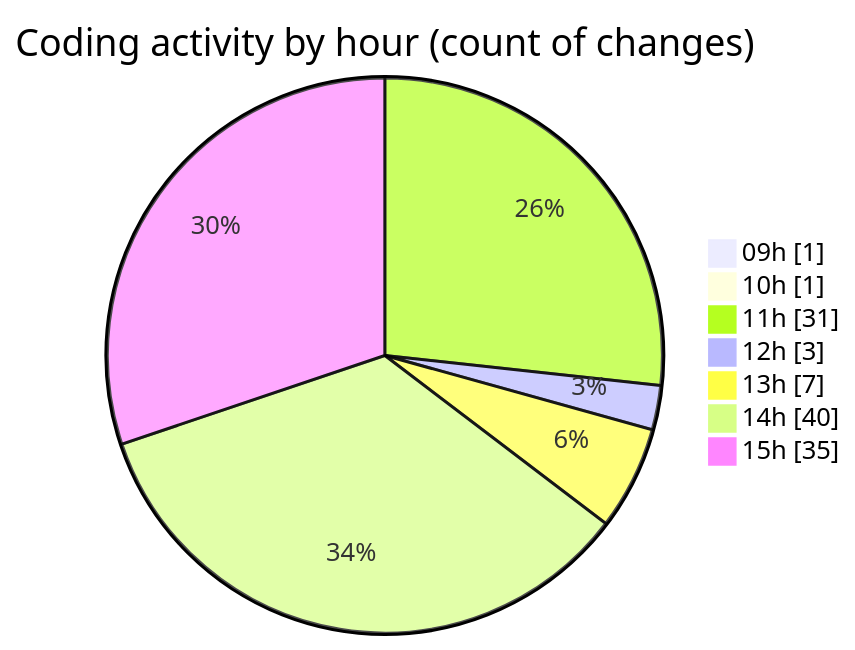
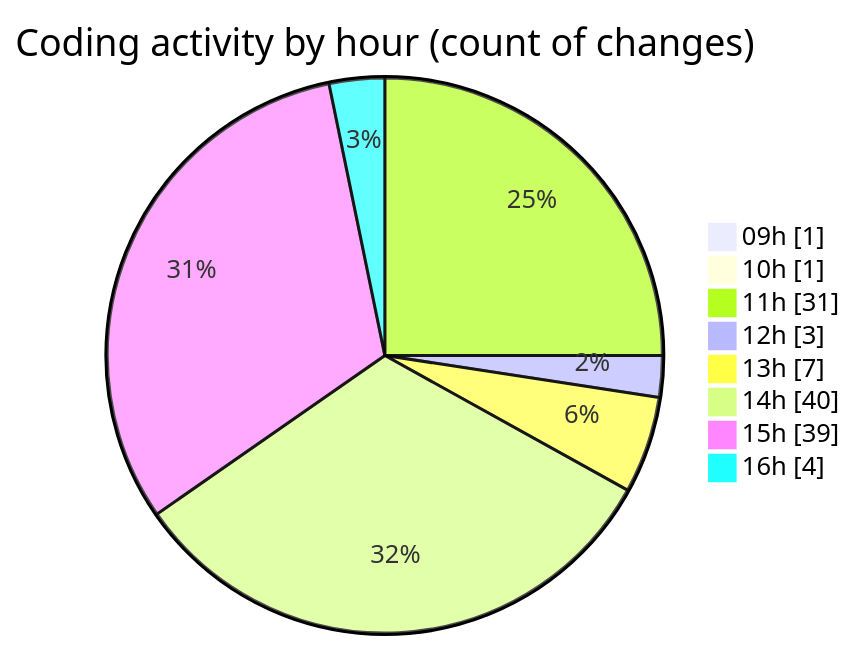
The second of 2 diagrams in 2026-01-28/cda/README.md (momahboobian/code-tracking), drawn with Mermaid before and after one commit. The commit also changed other lines of this file and 1 other file, not shown here.

````diff
--- a/2026-01-28/cda/README.md
+++ b/2026-01-28/cda/README.md
@@ -35,11 +35,12 @@
 ```mermaid
 pie showData
 title Coding activity by hour (count of changes)
 "09h" : 1
 "10h" : 1
 "11h" : 31
 "12h" : 3
 "13h" : 7
 "14h" : 40
-"15h" : 35
+"15h" : 39
+"16h" : 4
 ```
````
